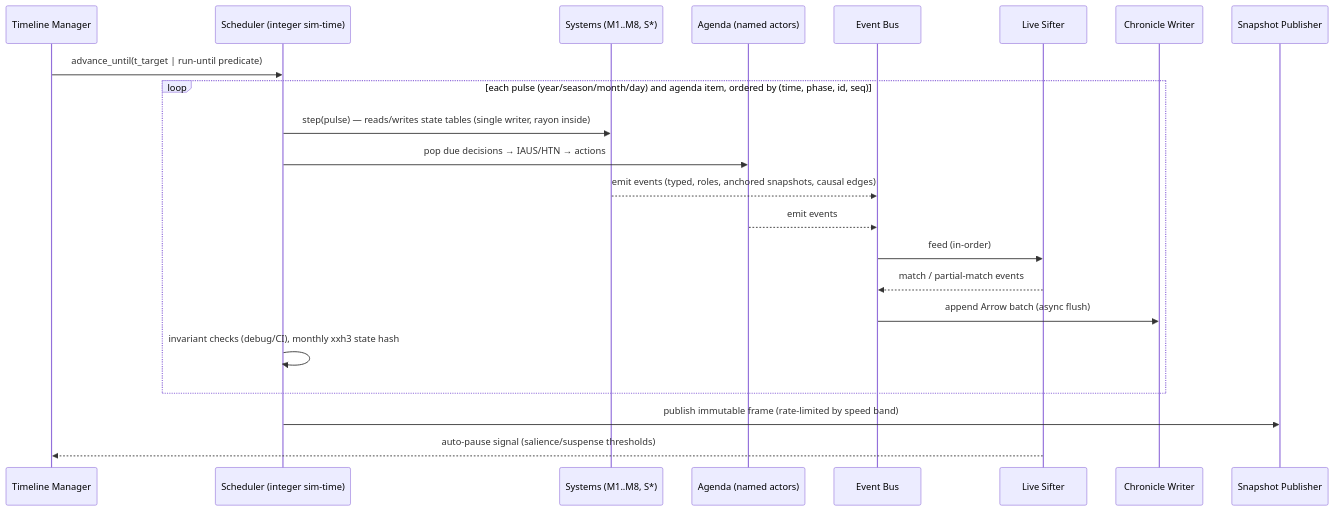
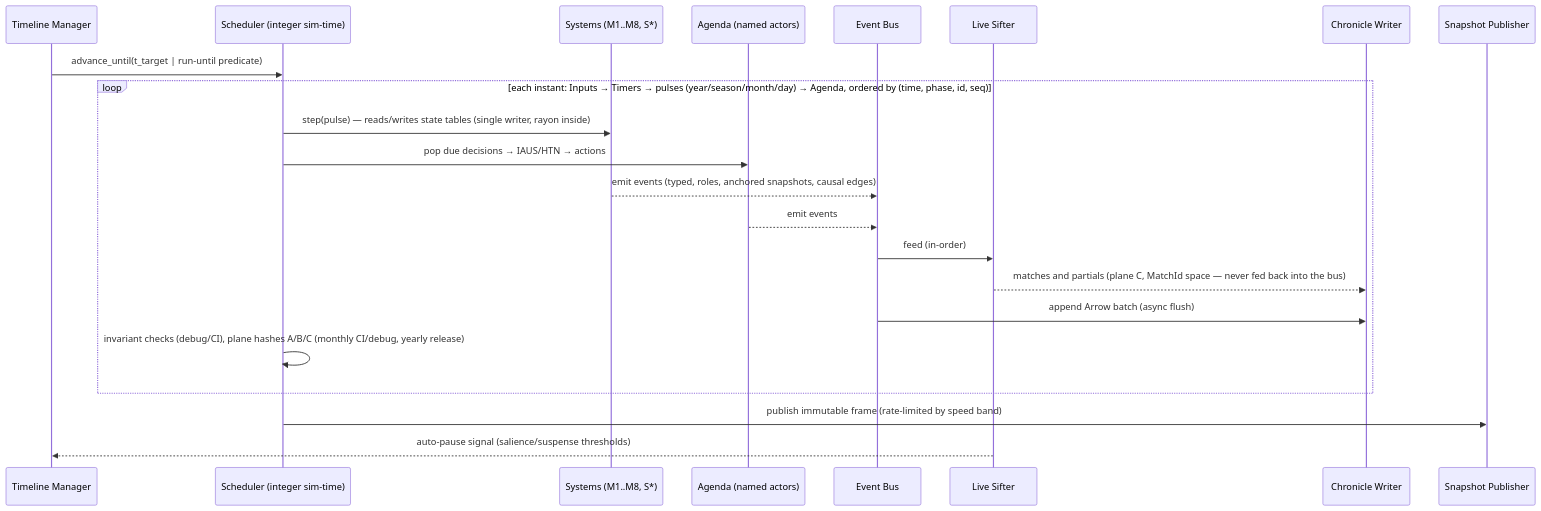
One commit to BigRigVibeCoder/Rehoboam changed the third of 3 diagrams in docs/05_architecture/05.0_overview.md. Above: the diagram before and after it, drawn with Mermaid. The commit also changed other lines of this file and 25 other files, not shown here.

````diff
--- a/docs/05_architecture/05.0_overview.md
+++ b/docs/05_architecture/05.0_overview.md
@@ -133,24 +137,24 @@
 ```mermaid
 sequenceDiagram
     participant TL as Timeline Manager
     participant SCH as Scheduler (integer sim-time)
     participant SYS as Systems (M1..M8, S*)
     participant AG as Agenda (named actors)
     participant EB as Event Bus
     participant SF as Live Sifter
     participant CW as Chronicle Writer
     participant SN as Snapshot Publisher
     TL->>SCH: advance_until(t_target | run-until predicate)
-    loop each pulse (year/season/month/day) and agenda item, ordered by (time, phase, id, seq)
+    loop each instant: Inputs → Timers → pulses (year/season/month/day) → Agenda, ordered by (time, phase, id, seq)
         SCH->>SYS: step(pulse) — reads/writes state tables (single writer, rayon inside)
         SCH->>AG: pop due decisions → IAUS/HTN → actions
         SYS-->>EB: emit events (typed, roles, anchored snapshots, causal edges)
         AG-->>EB: emit events
         EB->>SF: feed (in-order)
-        SF-->>EB: match / partial-match events
+        SF-->>CW: matches and partials (plane C, MatchId space — never fed back into the bus)
         EB->>CW: append Arrow batch (async flush)
-        SCH->>SCH: invariant checks (debug/CI), monthly xxh3 state hash
+        SCH->>SCH: invariant checks (debug/CI), plane hashes A/B/C (monthly CI/debug, yearly release)
     end
     SCH->>SN: publish immutable frame (rate-limited by speed band)
     SF-->>TL: auto-pause signal (salience/suspense thresholds)
 ```
````
